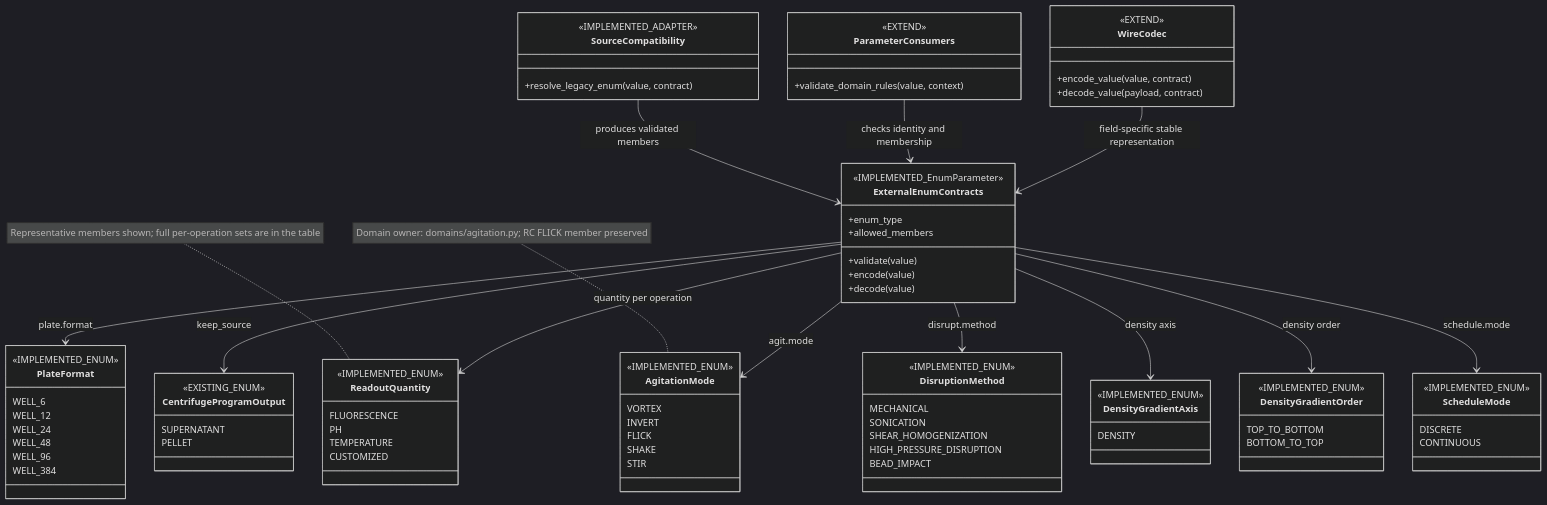
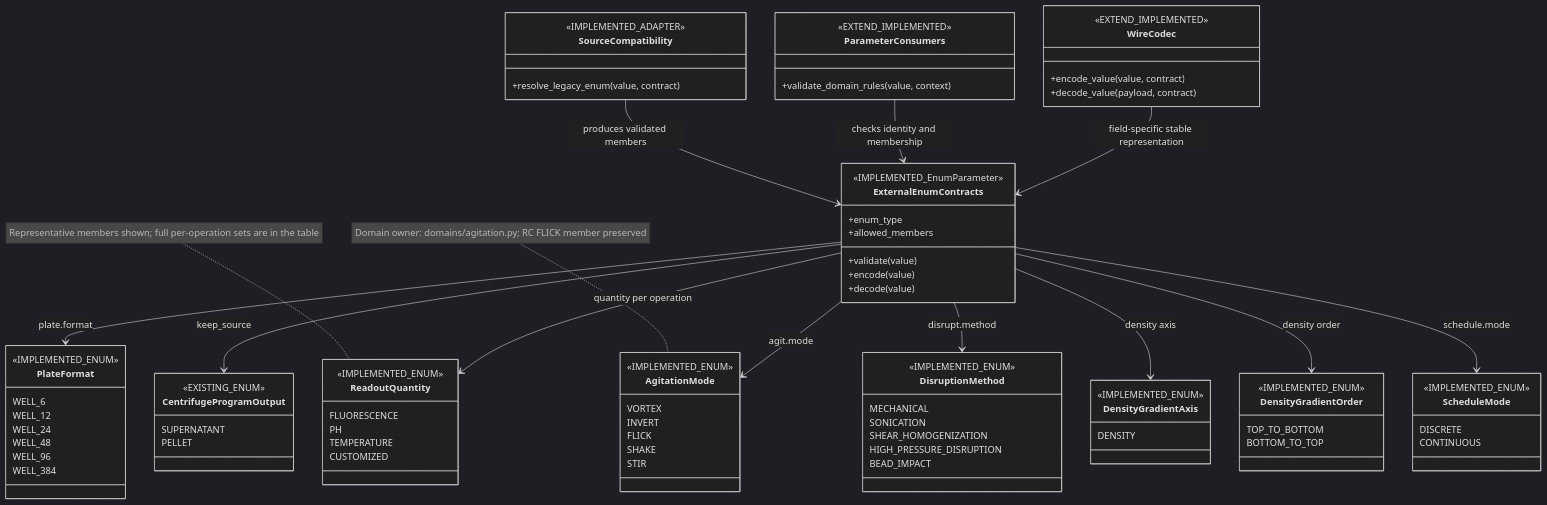
One commit to culsma/culsma changed the fourth of 9 diagrams in docs/architecture/pipeline/validate_module_diagrams.md. Above: the diagram before and after it, drawn with Mermaid (dark theme). The commit also changed other lines of this file and 37 other files, not shown here.

```diff
--- a/docs/architecture/pipeline/validate_module_diagrams.md
+++ b/docs/architecture/pipeline/validate_module_diagrams.md
@@ -326,11 +326,11 @@
         +resolve_legacy_enum(value, contract)
     }
     class ParameterConsumers {
-        <<EXTEND>>
+        <<EXTEND_IMPLEMENTED>>
         +validate_domain_rules(value, context)
     }
     class WireCodec {
-        <<EXTEND>>
+        <<EXTEND_IMPLEMENTED>>
         +encode_value(value, contract)
         +decode_value(payload, contract)
     }
```
